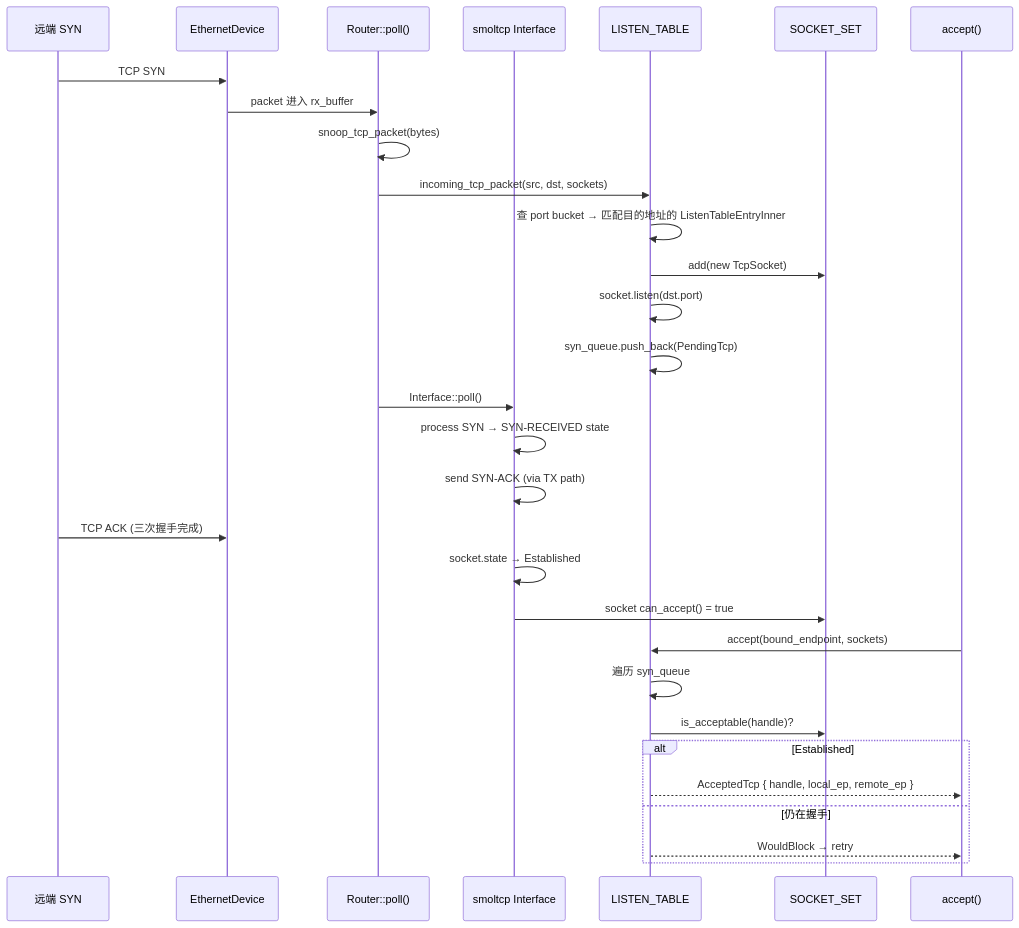
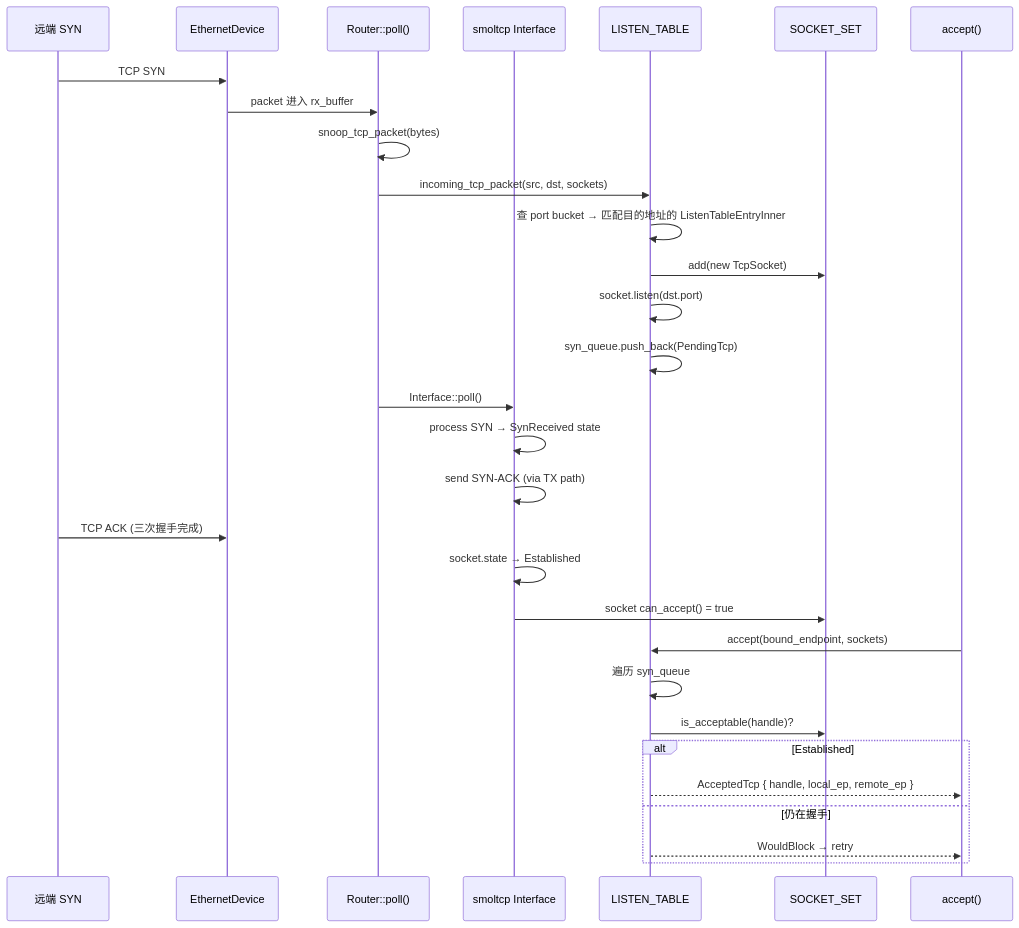
Before and after one commit to rcore-os/tgoskits: the ninth of 9 diagrams in docs/docs/architecture/net/flows.md, drawn with Mermaid. The commit also changed other lines of this file and 9 other files, not shown here.

````diff
--- a/docs/docs/architecture/net/flows.md
+++ b/docs/docs/architecture/net/flows.md
@@ -1032,36 +1050,36 @@
 ```mermaid
 sequenceDiagram
     participant Remote as 远端 SYN
     participant Eth as EthernetDevice
     participant Router as Router::poll()
     participant Smol as smoltcp Interface
     participant ListenTbl as LISTEN_TABLE
     participant SockSet as SOCKET_SET
     participant App as accept()
 
     Remote->>Eth: TCP SYN
     Eth->>Router: packet 进入 rx_buffer
     Router->>Router: snoop_tcp_packet(bytes)
     Router->>ListenTbl: incoming_tcp_packet(src, dst, sockets)
     ListenTbl->>ListenTbl: 查 port bucket → 匹配目的地址的 ListenTableEntryInner
     ListenTbl->>SockSet: add(new TcpSocket)
     ListenTbl->>ListenTbl: socket.listen(dst.port)
     ListenTbl->>ListenTbl: syn_queue.push_back(PendingTcp)
 
     Router->>Smol: Interface::poll()
-    Smol->>Smol: process SYN → SYN-RECEIVED state
+    Smol->>Smol: process SYN → SynReceived state
     Smol->>Smol: send SYN-ACK (via TX path)
 
     Remote->>Eth: TCP ACK (三次握手完成)
     Smol->>Smol: socket.state → Established
     Smol->>SockSet: socket can_accept() = true
 
     App->>ListenTbl: accept(bound_endpoint, sockets)
     ListenTbl->>ListenTbl: 遍历 syn_queue
     ListenTbl->>SockSet: is_acceptable(handle)?
     alt Established
         ListenTbl-->>App: AcceptedTcp { handle, local_ep, remote_ep }
     else 仍在握手
         ListenTbl-->>App: WouldBlock → retry
     end
 ```
````
